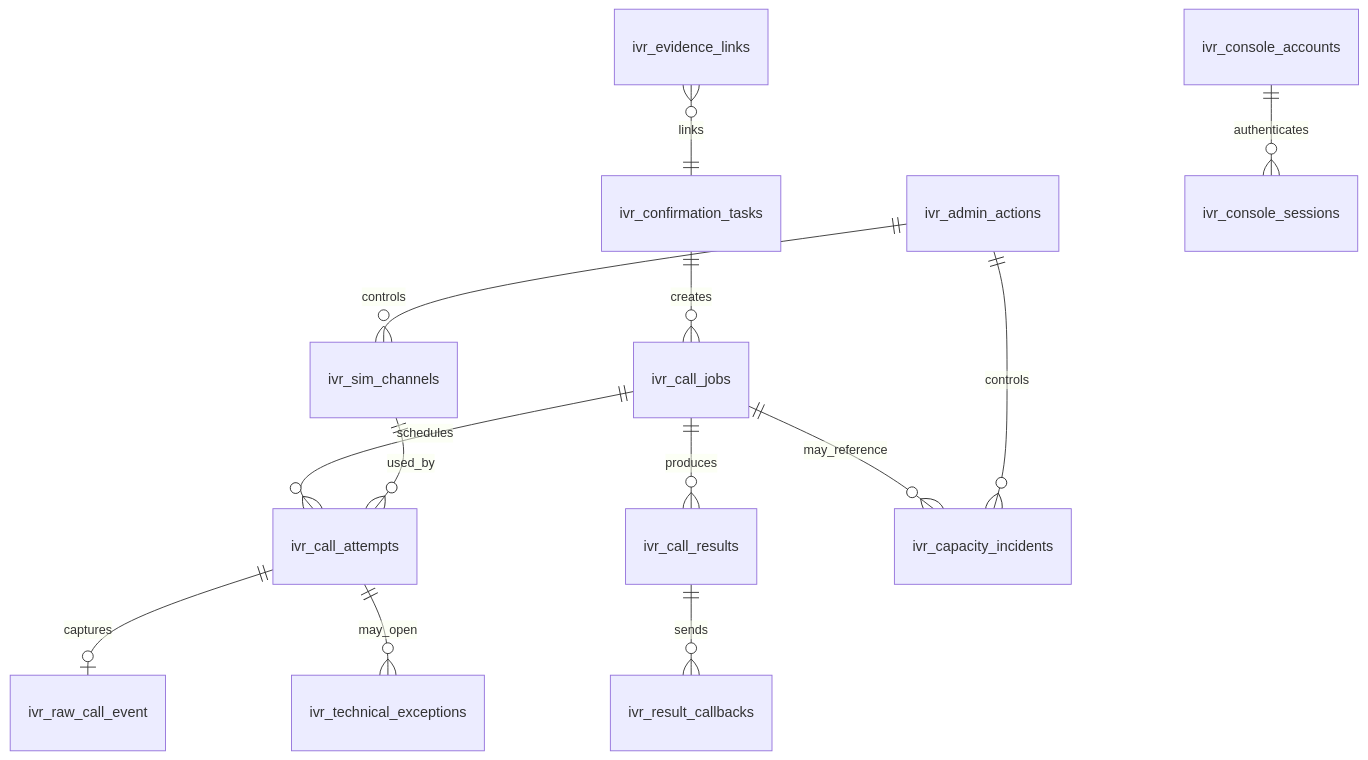
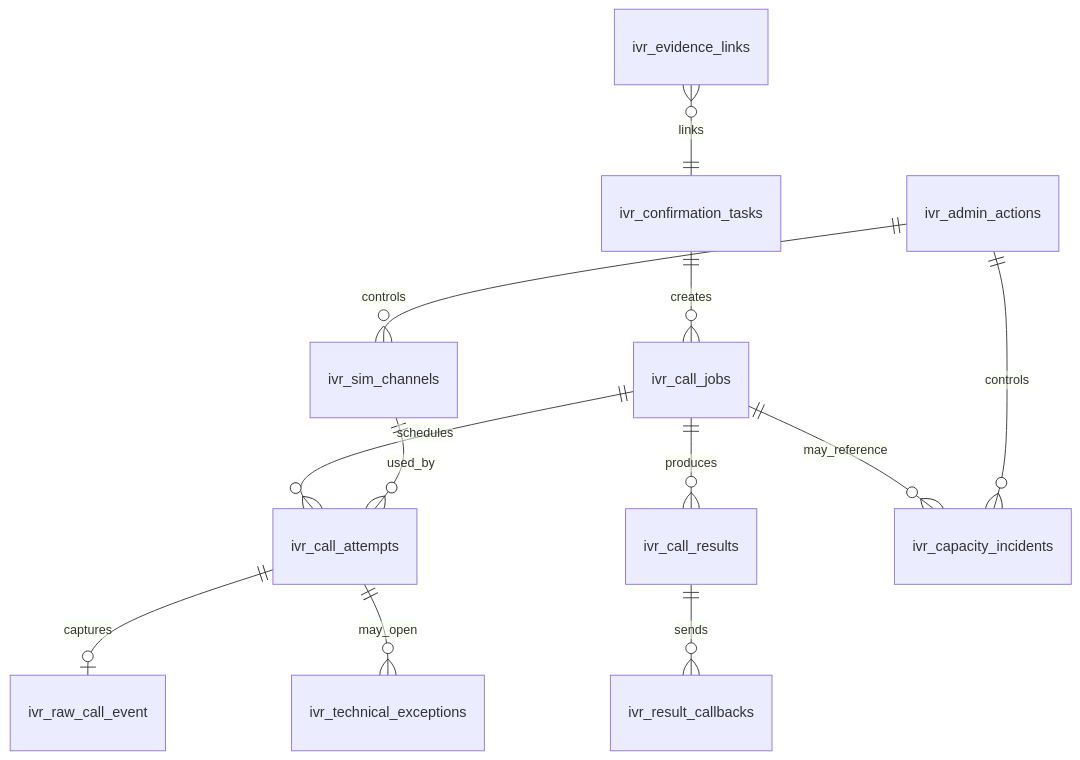
The diagram in specs/database/01-erd.md (ngquoctoan2001/ginsengfood-ivr), drawn with Mermaid before and after one commit. The commit also changed other lines of this file and 31 other files, not shown here.

````diff
--- a/specs/database/01-erd.md
+++ b/specs/database/01-erd.md
@@ -5,15 +5,14 @@
 ```mermaid
 erDiagram
   ivr_confirmation_tasks ||--o{ ivr_call_jobs : creates
   ivr_call_jobs ||--o{ ivr_call_attempts : schedules
   ivr_call_attempts ||--o| ivr_raw_call_event : captures
   ivr_call_jobs ||--o{ ivr_call_results : produces
   ivr_call_results ||--o{ ivr_result_callbacks : sends
   ivr_call_attempts ||--o{ ivr_technical_exceptions : may_open
   ivr_call_jobs ||--o{ ivr_capacity_incidents : may_reference
   ivr_sim_channels ||--o{ ivr_call_attempts : used_by
   ivr_admin_actions ||--o{ ivr_capacity_incidents : controls
   ivr_admin_actions ||--o{ ivr_sim_channels : controls
   ivr_evidence_links }o--|| ivr_confirmation_tasks : links
-  ivr_console_accounts ||--o{ ivr_console_sessions : authenticates
 ```
````
